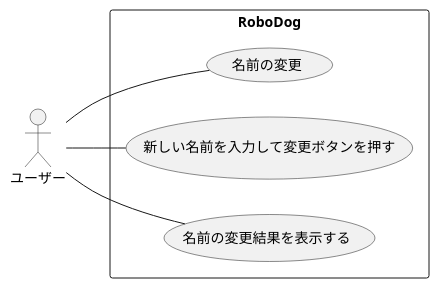
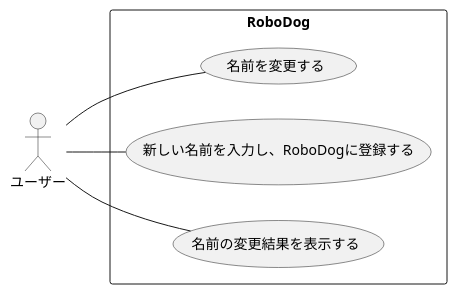
One commit to ko246/ohara_uml changed the diagram in group/06_robo_dog_3/ユースケース図/usecase_name.pu. Above: the diagram before and after it, drawn with PlantUML. The commit also changed 3 other files, not shown here.

```diff
--- a/group/06_robo_dog_3/ユースケース図/usecase_name.pu
+++ b/group/06_robo_dog_3/ユースケース図/usecase_name.pu
@@ -1,12 +1,12 @@
 @startuml 名前変更
 left to right direction
 actor "ユーザー" as fc
 rectangle RoboDog {
-  usecase "名前の変更" as UC1
-  usecase "新しい名前を入力して変更ボタンを押す" as UC2
+  usecase "名前を変更する" as UC1
+  usecase "新しい名前を入力し、RoboDogに登録する" as UC2
   usecase "名前の変更結果を表示する" as UC3
 }
 fc -- UC1
 fc -- UC2
 fc -- UC3
 @enduml
```
